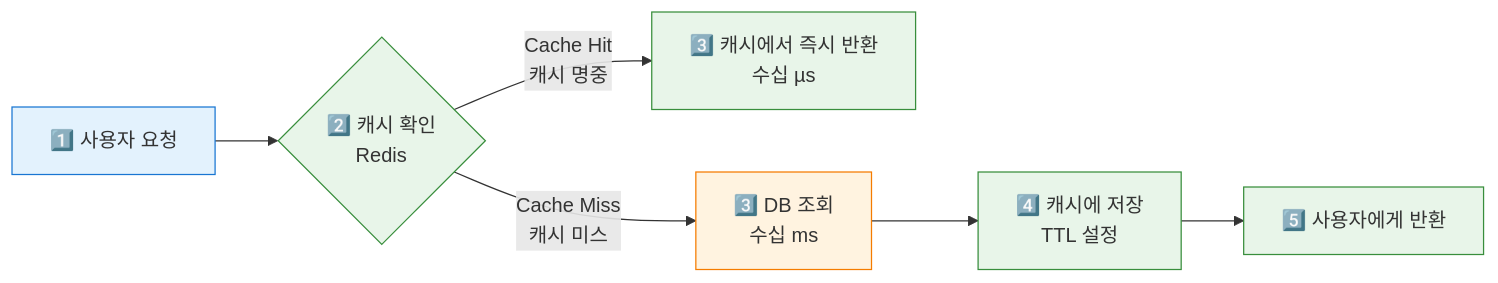
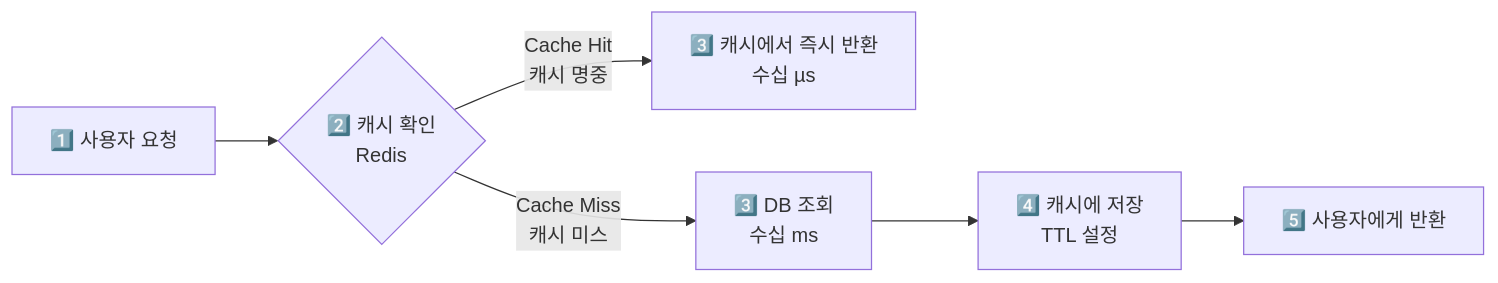
Before and after one commit to yjkim2015/yjkim2015.github.io: the tenth of 17 diagrams in _posts/systemdesign/2026-05-02-system-design-fundamentals.md, drawn with Mermaid. The commit also changed other lines of this file and 215 other files, not shown here.

First line of the commit message:
신규 포스트 10개 추가 + Mermaid 전면 축소 + SystemDesign 시리즈 보강

````diff
--- a/_posts/systemdesign/2026-05-02-system-design-fundamentals.md
+++ b/_posts/systemdesign/2026-05-02-system-design-fundamentals.md
@@ -485,15 +380,8 @@
 ```mermaid
 graph LR
     A["1️⃣ 사용자 요청"] --> B{"2️⃣ 캐시 확인\nRedis"}
     B -->|"Cache Hit\n캐시 명중"| C["3️⃣ 캐시에서 즉시 반환\n수십 µs"]
     B -->|"Cache Miss\n캐시 미스"| D["3️⃣ DB 조회\n수십 ms"]
     D --> E["4️⃣ 캐시에 저장\nTTL 설정"]
     E --> F["5️⃣ 사용자에게 반환"]
-
-    classDef client fill:#e3f2fd,stroke:#1976d2
-    classDef server fill:#e8f5e9,stroke:#388e3c
-    classDef db fill:#fff3e0,stroke:#f57c00
-    class A client
-    class B,C,E,F server
-    class D db
 ```
````
